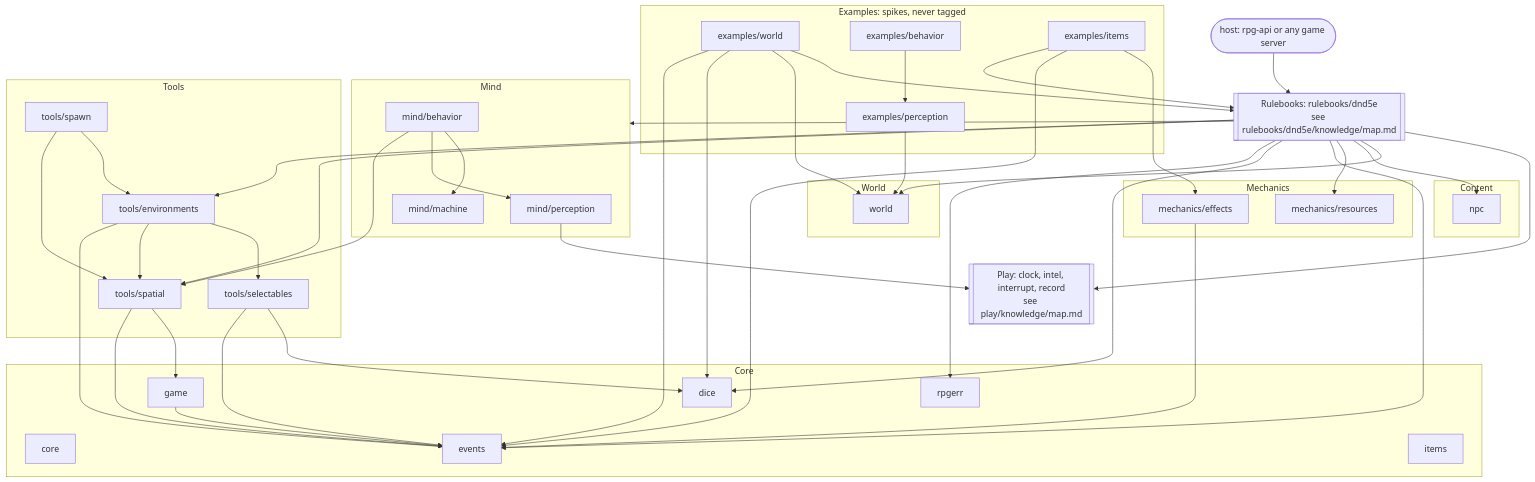
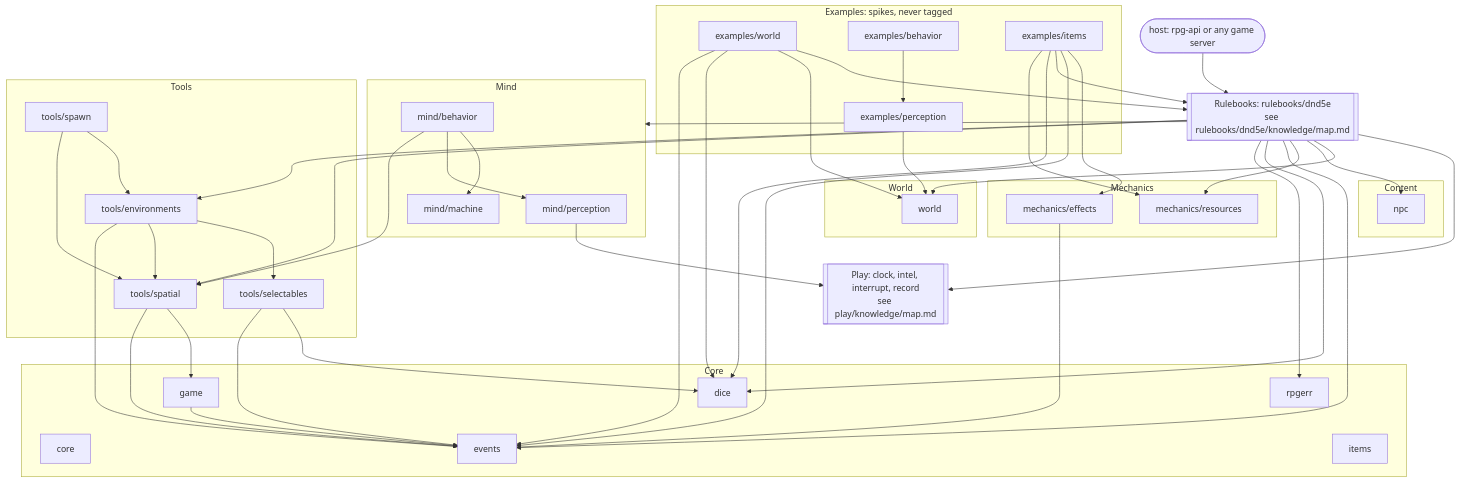
Before and after one commit to KirkDiggler/rpg-toolkit: the diagram in knowledge/map.md, drawn with Mermaid. The commit also changed 4 other files, not shown here.

````diff
--- a/knowledge/map.md
+++ b/knowledge/map.md
@@ -11,65 +11,65 @@
 ```mermaid
 flowchart TD
   HOST(["host: rpg-api or any game server"])
 
   subgraph EXAMPLES["Examples: spikes, never tagged"]
     EXW["examples/world"]
     EXP["examples/perception"]
     EXB["examples/behavior"]
     EXI["examples/items"]
   end
 
   RB[["Rulebooks: rulebooks/dnd5e<br/>see rulebooks/dnd5e/knowledge/map.md"]]
 
   subgraph MIND["Mind"]
     PERC["mind/perception"]
     BEH["mind/behavior"]
     MACH["mind/machine"]
   end
 
   PLAY[["Play: clock, intel, interrupt, record<br/>see play/knowledge/map.md"]]
 
   subgraph WORLDL["World"]
     WORLD["world"]
   end
 
   subgraph CONTENT["Content"]
     NPC["npc"]
   end
 
   subgraph TOOLS["Tools"]
     SPATIAL["tools/spatial"]
     ENV["tools/environments"]
     SEL["tools/selectables"]
     SPAWN["tools/spawn"]
   end
 
   subgraph MECH["Mechanics"]
     RES["mechanics/resources"]
     EFF["mechanics/effects"]
   end
 
   subgraph CORE["Core"]
     C["core"]
     EV["events"]
     DICE["dice"]
     GAME["game"]
     ERR["rpgerr"]
     ITEMS["items"]
   end
 
   HOST --> RB
   EXW --> RB & WORLD & DICE & EV
   EXP --> WORLD
   EXB --> EXP
-  EXI --> EFF & EV & RB
+  EXI --> EFF & EV & RB & DICE & RES
   RB --> MIND & PLAY & WORLD & NPC & SPATIAL & ENV & RES & EV & DICE & ERR
   BEH --> MACH & PERC & SPATIAL
   PERC --> PLAY
   SPAWN --> ENV & SPATIAL
   ENV --> SEL & SPATIAL & EV
   SEL --> DICE & EV
   SPATIAL --> GAME & EV
   GAME --> EV
   EFF --> EV
 ```
````
